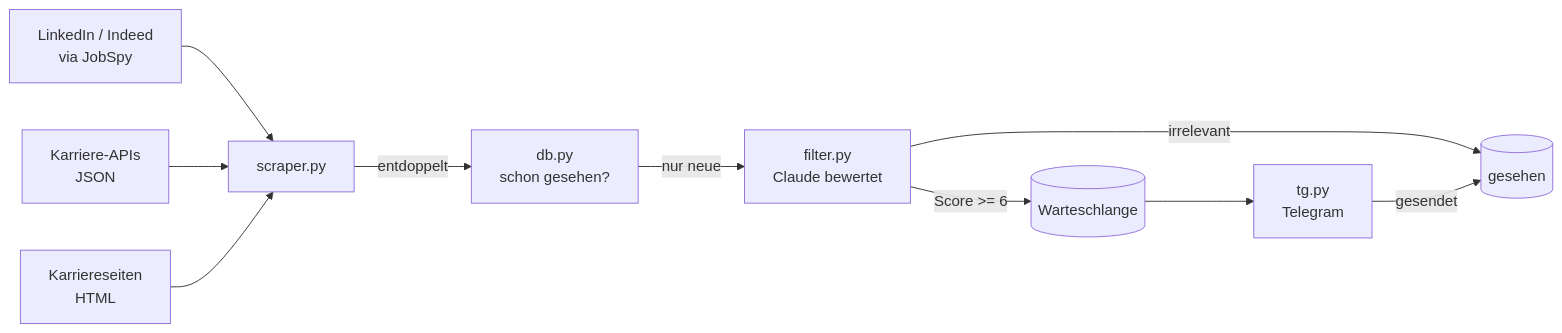
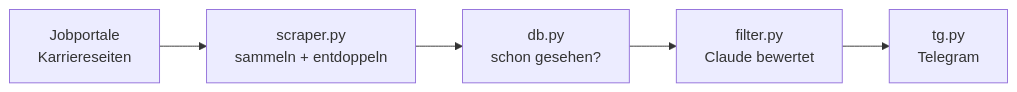
The diagram in README.md (claudiokoller/job-agent), drawn with Mermaid before and after one commit. The commit also changed other lines of this file and 1 other file, not shown here.

````diff
--- a/README.md
+++ b/README.md
@@ -54,12 +35,7 @@
 ```mermaid
 flowchart LR
-    A["LinkedIn / Indeed<br/>via JobSpy"] --> D["scraper.py"]
-    B["Karriere-APIs<br/>JSON"] --> D
-    C["Karriereseiten<br/>HTML"] --> D
-    D -->|entdoppelt| E["db.py<br/>schon gesehen?"]
-    E -->|nur neue| F["filter.py<br/>Claude bewertet"]
-    F -->|"Score >= 6"| G[("Warteschlange")]
-    F -->|irrelevant| H[("gesehen")]
-    G --> I["tg.py<br/>Telegram"]
-    I -->|gesendet| H
+    A["Jobportale<br/>Karriereseiten"] --> B["scraper.py<br/>sammeln + entdoppeln"]
+    B --> C["db.py<br/>schon gesehen?"]
+    C --> D["filter.py<br/>Claude bewertet"]
+    D --> E["tg.py<br/>Telegram"]
 ```
````
